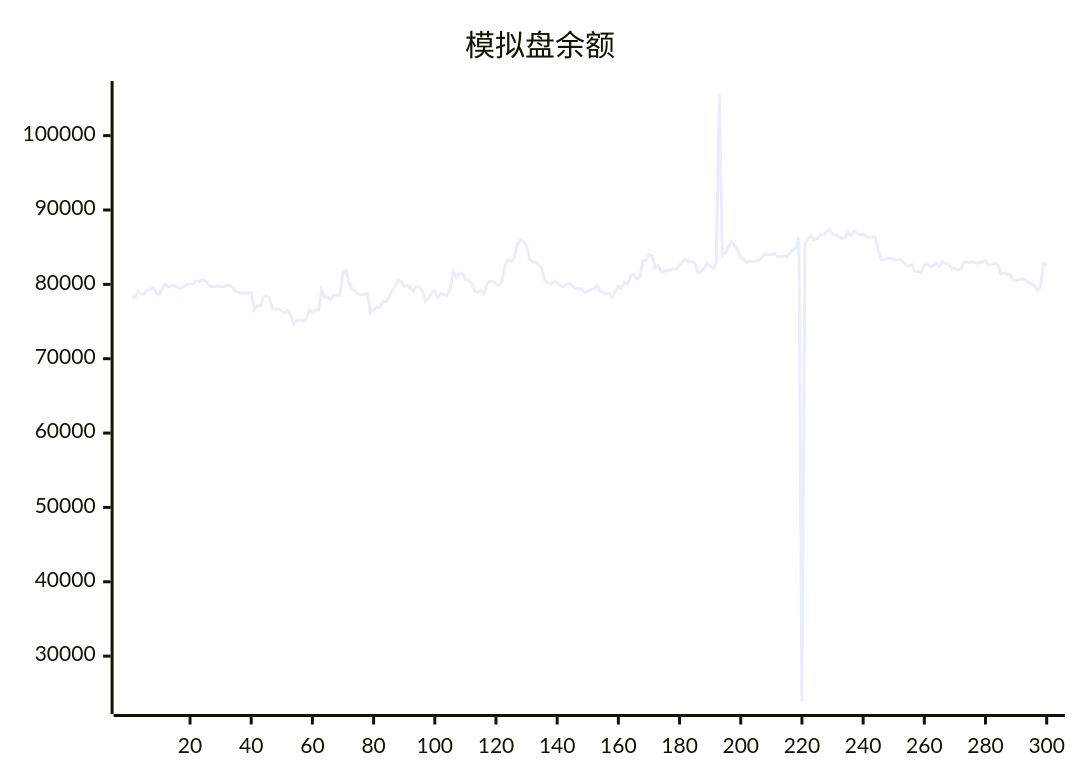
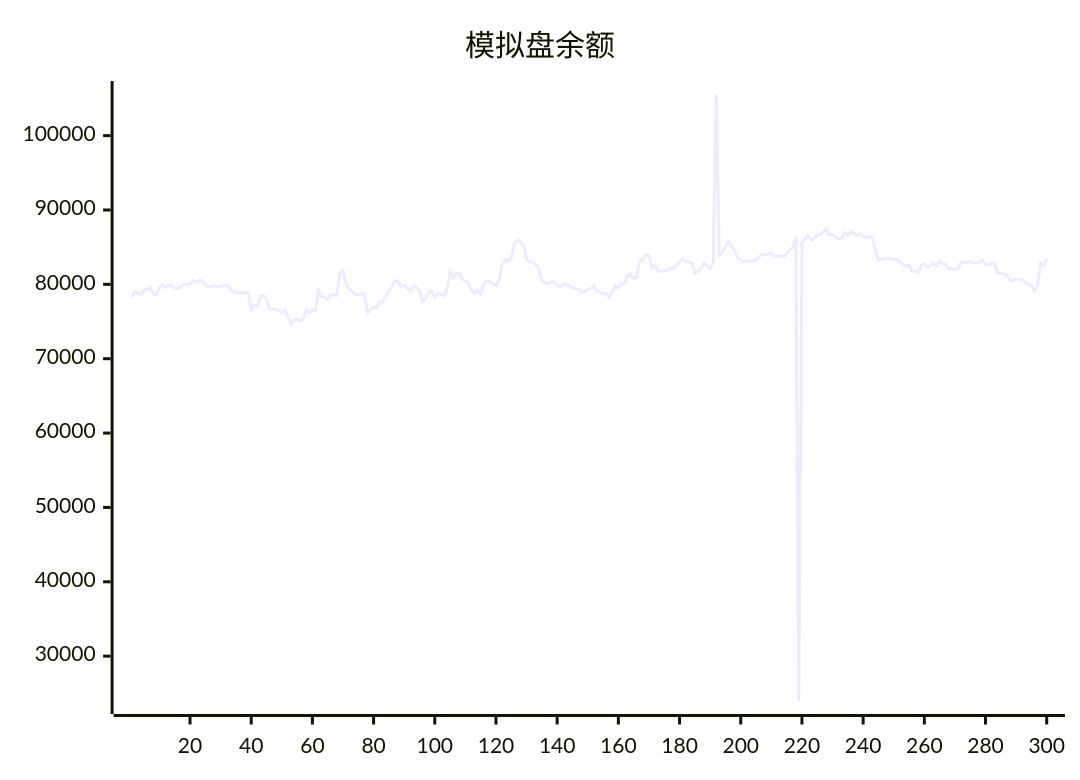
One commit to aahl/ai-trading changed the diagram in README.md. Above: the diagram before and after it, drawn with Mermaid. The commit also changed other lines of this file and 1 other file, not shown here.

````diff
--- a/README.md
+++ b/README.md
@@ -5,5 +5,5 @@
 ```mermaid
 xychart
     title "模拟盘余额"
-    line [78284,78277,79048,78714,78714,79290,79308,79567,78763,78563,79603,79988,79652,79813,79813,79476,79469,79673,79995,80015,80015,80486,80314,80600,80436,79966,79689,79689,79819,79692,79692,79850,79850,79518,79071,78889,78850,78850,78878,78878,76554,77202,77103,78357,78510,78106,76678,76677,76672,76411,76159,76485,75656,74695,75197,75246,75052,75334,76564,76179,76553,76551,79196,78300,78300,77944,78531,78531,78521,81564,81884,80160,79335,79055,78675,78580,78708,78764,76179,76586,76902,76876,77658,77669,78346,79023,79769,80497,80366,79761,79896,79448,79126,79749,79658,79097,77695,78114,78888,79126,78249,78738,78653,78478,79271,81680,80923,81488,81527,80681,80455,80190,79084,78879,79193,78686,79954,80403,80374,80118,79848,80491,82665,83351,83098,83525,85430,85983,85737,85221,83378,83014,83043,82613,82216,80477,80208,80081,80348,80277,79894,79670,79965,80093,79786,79542,79406,79371,78893,79087,79304,79406,79841,79072,78978,78696,78846,78272,79085,79787,79442,80198,80031,81120,81379,80718,80985,83214,83212,83993,83921,82270,82547,81776,81776,81866,81866,82158,82061,82596,83000,83408,83041,83050,82858,81503,81691,82188,82812,82517,82092,82901,105633,83898,84180,85030,85781,85178,84604,83569,83298,83008,83093,83107,83175,83228,83729,84025,84017,84019,84177,83775,83762,83785,83738,84160,84639,84939,86370,23934,85548,86046,86599,85942,86161,86622,86664,87115,87369,86666,86685,86384,86152,86243,86969,86548,87164,86885,86566,86809,86427,86348,86417,86273,84538,83299,83369,83430,83490,83404,83270,83362,83056,82605,82459,82614,81734,81788,81551,82598,82702,82320,82580,82878,82426,83139,82778,82686,82056,82166,81963,82110,82951,82983,82984,83038,82838,82915,82998,83235,82642,82682,82858,82746,81396,81512,81362,81277,80600,80461,80699,80673,80616,80288,80038,79836,79142,79722,82837,82533]
+    line [78277,79048,78714,78714,79290,79308,79567,78763,78563,79603,79988,79652,79813,79813,79476,79469,79673,79995,80015,80015,80486,80314,80600,80436,79966,79689,79689,79819,79692,79692,79850,79850,79518,79071,78889,78850,78850,78878,78878,76554,77202,77103,78357,78510,78106,76678,76677,76672,76411,76159,76485,75656,74695,75197,75246,75052,75334,76564,76179,76553,76551,79196,78300,78300,77944,78531,78531,78521,81564,81884,80160,79335,79055,78675,78580,78708,78764,76179,76586,76902,76876,77658,77669,78346,79023,79769,80497,80366,79761,79896,79448,79126,79749,79658,79097,77695,78114,78888,79126,78249,78738,78653,78478,79271,81680,80923,81488,81527,80681,80455,80190,79084,78879,79193,78686,79954,80403,80374,80118,79848,80491,82665,83351,83098,83525,85430,85983,85737,85221,83378,83014,83043,82613,82216,80477,80208,80081,80348,80277,79894,79670,79965,80093,79786,79542,79406,79371,78893,79087,79304,79406,79841,79072,78978,78696,78846,78272,79085,79787,79442,80198,80031,81120,81379,80718,80985,83214,83212,83993,83921,82270,82547,81776,81776,81866,81866,82158,82061,82596,83000,83408,83041,83050,82858,81503,81691,82188,82812,82517,82092,82901,105633,83898,84180,85030,85781,85178,84604,83569,83298,83008,83093,83107,83175,83228,83729,84025,84017,84019,84177,83775,83762,83785,83738,84160,84639,84939,86370,23934,85548,86046,86599,85942,86161,86622,86664,87115,87369,86666,86685,86384,86152,86243,86969,86548,87164,86885,86566,86809,86427,86348,86417,86273,84538,83299,83369,83430,83490,83404,83270,83362,83056,82605,82459,82614,81734,81788,81551,82598,82702,82320,82580,82878,82426,83139,82778,82686,82056,82166,81963,82110,82951,82983,82984,83038,82838,82915,82998,83235,82642,82682,82858,82746,81396,81512,81362,81277,80600,80461,80699,80673,80616,80288,80038,79836,79142,79722,82837,82533,83480]
 ```
````
